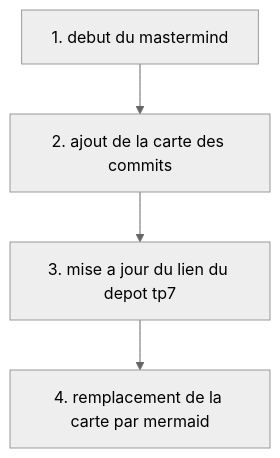
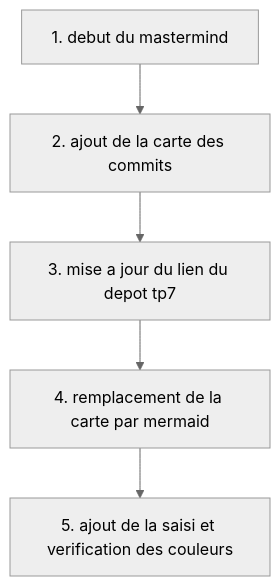
The diagram in README.md (caroneloham/polytech-dijon-soutien), drawn with Mermaid (neutral theme) before and after one commit. The commit also changed 1 other file, not shown here.

Commit message:
ajout de la saisi et verification des couleurs

````diff
--- a/README.md
+++ b/README.md
@@ -1,10 +1,12 @@
 ```mermaid
 flowchart TD
     C1["1. debut du mastermind"]
     C2["2. ajout de la carte des commits"]
     C1 --> C2
     C3["3. mise a jour du lien du depot tp7"]
     C2 --> C3
     C4["4. remplacement de la carte par mermaid"]
     C3 --> C4
+    C5["5. ajout de la saisi et verification des couleurs"]
+    C4 --> C5
 ```
````
